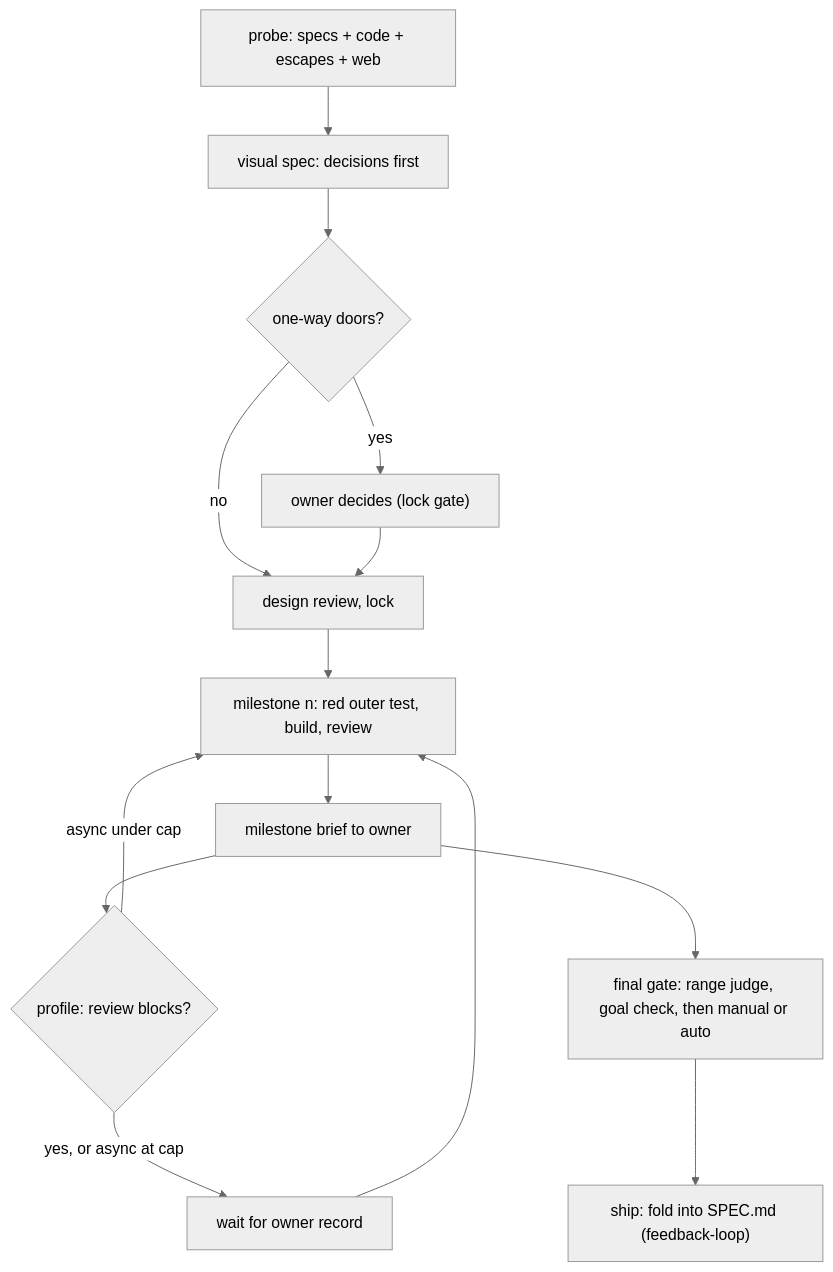
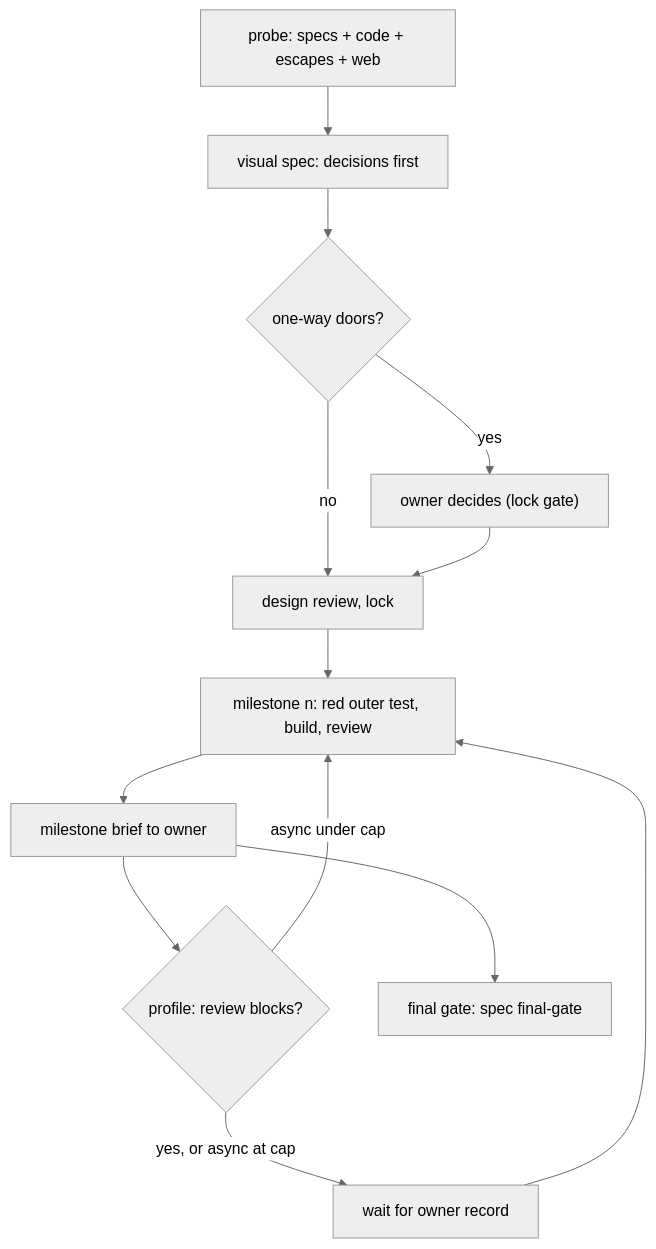
The first of 2 diagrams in docs/work/agentic-loop/README.md (sibulus13/claudence), drawn with Mermaid (neutral theme) before and after one commit. The commit also changed other lines of this file and 7 other files, not shown here.

First line of the commit message:
docs(work): scope cut: agentic-loop keeps M1-M2; final-gate and spec-levels drafted from the moved M3/M4

````diff
--- a/docs/work/agentic-loop/README.md
+++ b/docs/work/agentic-loop/README.md
@@ -15,16 +15,15 @@
 ```mermaid
 flowchart TD
   R["probe: specs + code + escapes + web"] --> S["visual spec: decisions first"]
   S --> O{"one-way doors?"}
   O -- "yes" --> OW["owner decides (lock gate)"]
   O -- "no" --> L["design review, lock"]
   OW --> L
   L --> M["milestone n: red outer test, build, review"]
   M --> MB["milestone brief to owner"]
   MB --> G{"profile: review blocks?"}
   G -- "yes, or async at cap" --> W["wait for owner record"]
   G -- "async under cap" --> M
   W --> M
-  MB --> F["final gate: range judge, goal check, then manual or auto"]
-  F --> SH["ship: fold into SPEC.md (feedback-loop)"]
+  MB --> F["final gate: spec final-gate"]
 ```
````
